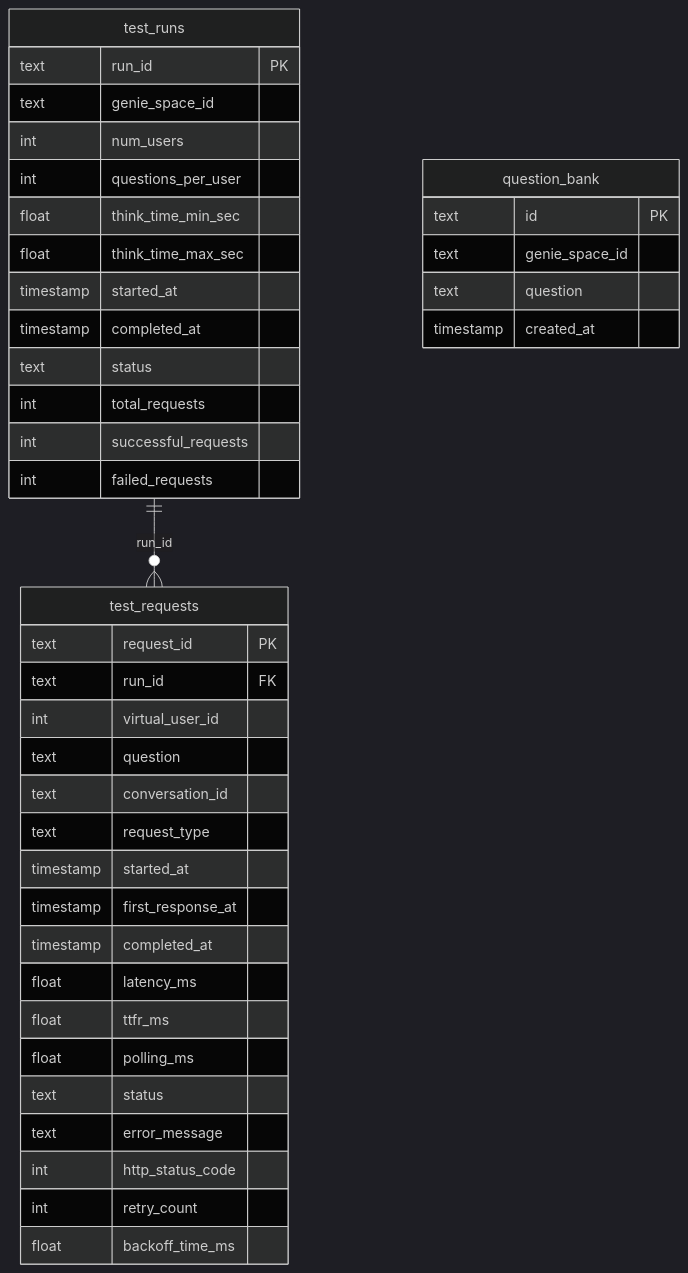
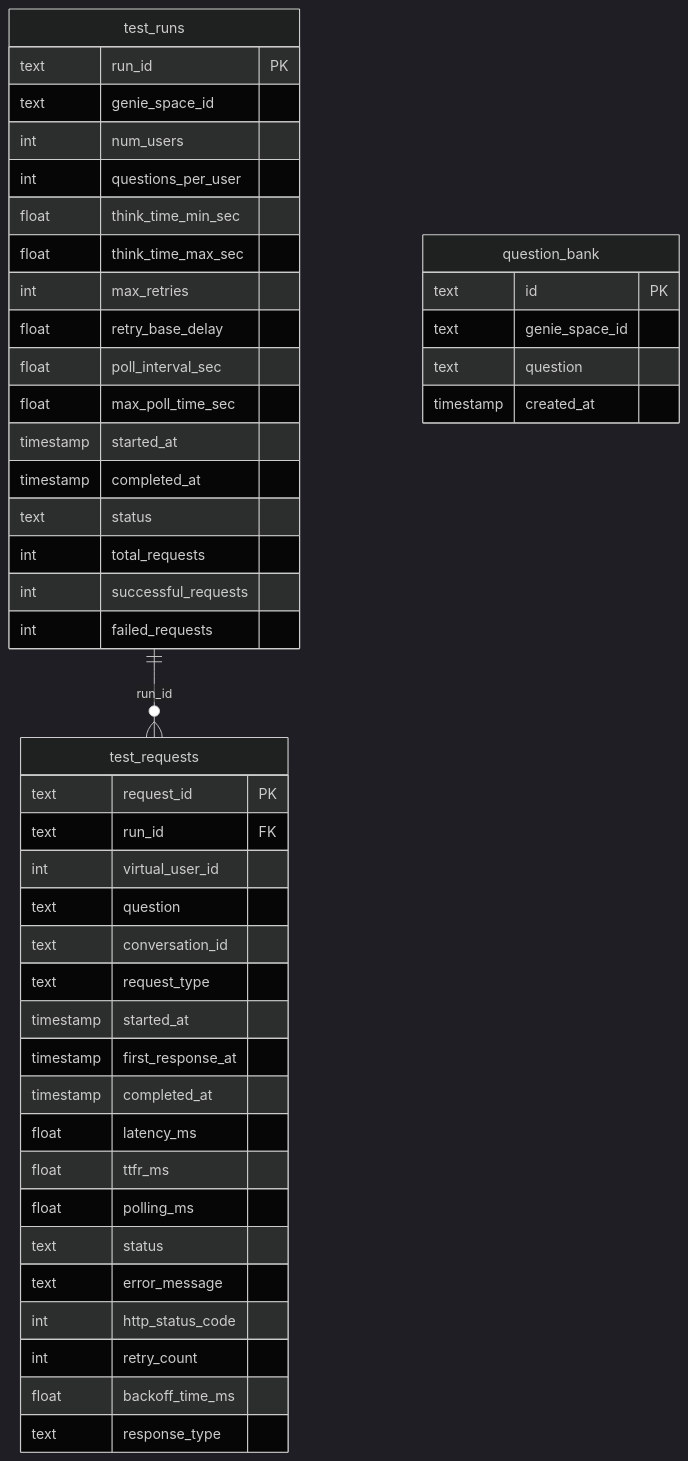
One commit to RohitDashora/genie-loadtest changed the third of 6 diagrams in docs/architecture.md. Above: the diagram before and after it, drawn with Mermaid (dark theme). The commit also changed other lines of this file and 22 other files, not shown here.

First line of the commit message:
Add support for configurable polling and response type detection in load tests

````diff
--- a/docs/architecture.md
+++ b/docs/architecture.md
@@ -127,46 +131,51 @@
 ```mermaid
 erDiagram
     test_runs ||--o{ test_requests : "run_id"
 
     test_runs {
         text run_id PK
         text genie_space_id
         int num_users
         int questions_per_user
         float think_time_min_sec
         float think_time_max_sec
+        int max_retries
+        float retry_base_delay
+        float poll_interval_sec
+        float max_poll_time_sec
         timestamp started_at
         timestamp completed_at
         text status
         int total_requests
         int successful_requests
         int failed_requests
     }
 
     test_requests {
         text request_id PK
         text run_id FK
         int virtual_user_id
         text question
         text conversation_id
         text request_type
         timestamp started_at
         timestamp first_response_at
         timestamp completed_at
         float latency_ms
         float ttfr_ms
         float polling_ms
         text status
         text error_message
         int http_status_code
         int retry_count
         float backoff_time_ms
+        text response_type
     }
 
     question_bank {
         text id PK
         text genie_space_id
         text question
         timestamp created_at
     }
 ```
````
